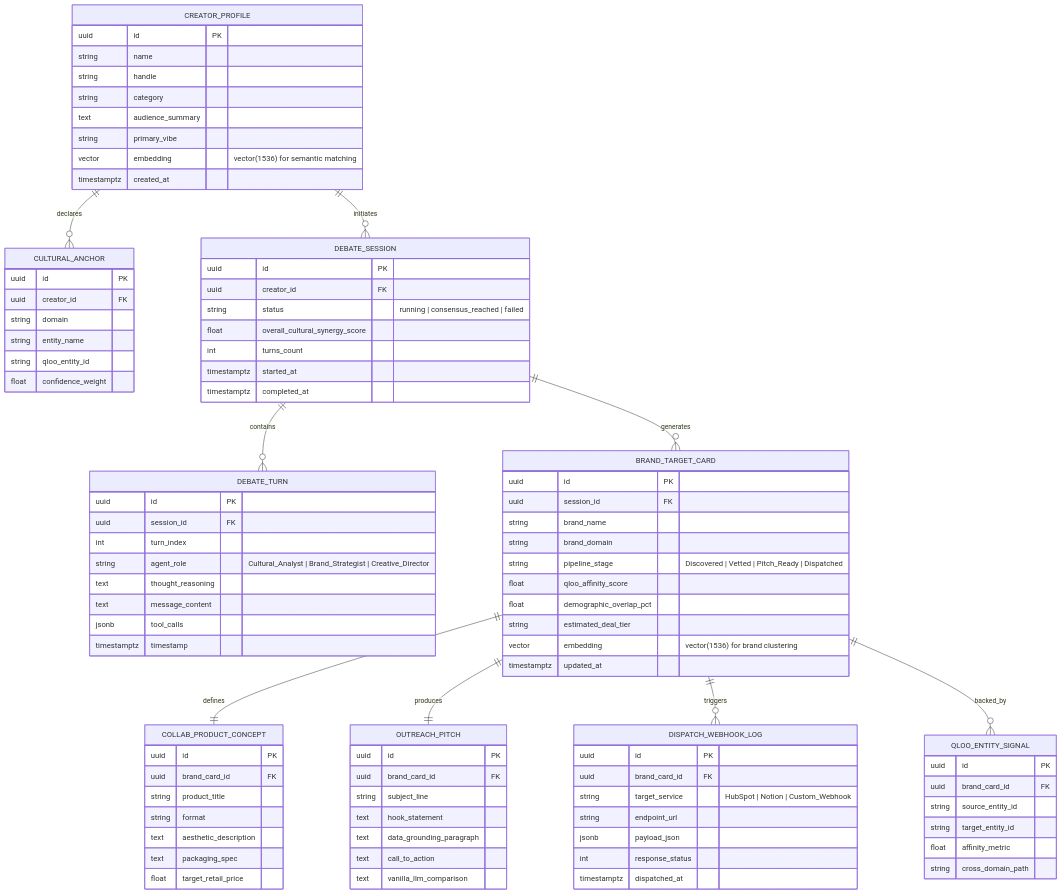
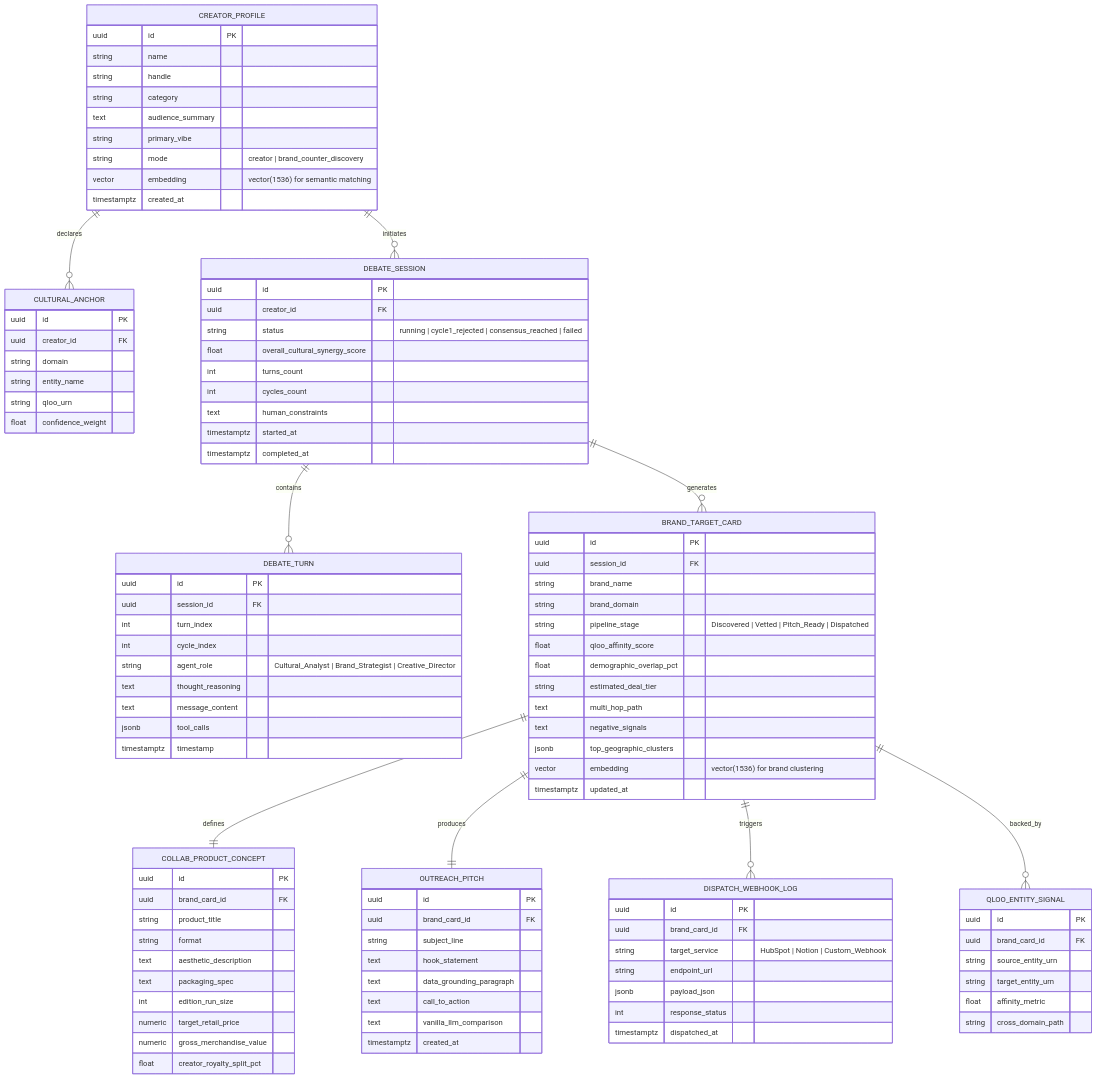
Before and after one commit to masbroustudio/VenturePulse: the diagram in docs/ERD.md, drawn with Mermaid. The commit also changed other lines of this file and 16 other files, not shown here.

First line of the commit message:
feat: complete UI/UX benchmarks, decluttered header, and full bidirectional brand mode inversion

```diff
--- a/docs/ERD.md
+++ b/docs/ERD.md
@@ -23,6 +23,7 @@
         string category
         text audience_summary
         string primary_vibe
+        string mode "creator | brand_counter_discovery"
         vector embedding "vector(1536) for semantic matching"
         timestamptz created_at
     }
@@ -32,16 +33,18 @@
         uuid creator_id FK
         string domain
         string entity_name
-        string qloo_entity_id
+        string qloo_urn
         float confidence_weight
     }
 
     DEBATE_SESSION {
         uuid id PK
         uuid creator_id FK
-        string status "running | consensus_reached | failed"
+        string status "running | cycle1_rejected | consensus_reached | failed"
         float overall_cultural_synergy_score
         int turns_count
+        int cycles_count
+        text human_constraints
         timestamptz started_at
         timestamptz completed_at
     }
@@ -50,6 +53,7 @@
         uuid id PK
         uuid session_id FK
         int turn_index
+        int cycle_index
         string agent_role "Cultural_Analyst | Brand_Strategist | Creative_Director"
         text thought_reasoning
         text message_content
@@ -66,6 +70,9 @@
         float qloo_affinity_score
         float demographic_overlap_pct
         string estimated_deal_tier
+        text multi_hop_path
+        text negative_signals
+        jsonb top_geographic_clusters
         vector embedding "vector(1536) for brand clustering"
         timestamptz updated_at
     }
@@ -77,7 +84,10 @@
         string format
         text aesthetic_description
         text packaging_spec
-        float target_retail_price
+        int edition_run_size
+        numeric target_retail_price
+        numeric gross_merchandise_value
+        float creator_royalty_split_pct
     }
 
     OUTREACH_PITCH {
@@ -88,6 +98,7 @@
         text data_grounding_paragraph
         text call_to_action
         text vanilla_llm_comparison
+        timestamptz created_at
     }
 
     DISPATCH_WEBHOOK_LOG {
@@ -103,8 +114,8 @@
     QLOO_ENTITY_SIGNAL {
         uuid id PK
         uuid brand_card_id FK
-        string source_entity_id
-        string target_entity_id
+        string source_entity_urn
+        string target_entity_urn
         float affinity_metric
         string cross_domain_path
     }
```
